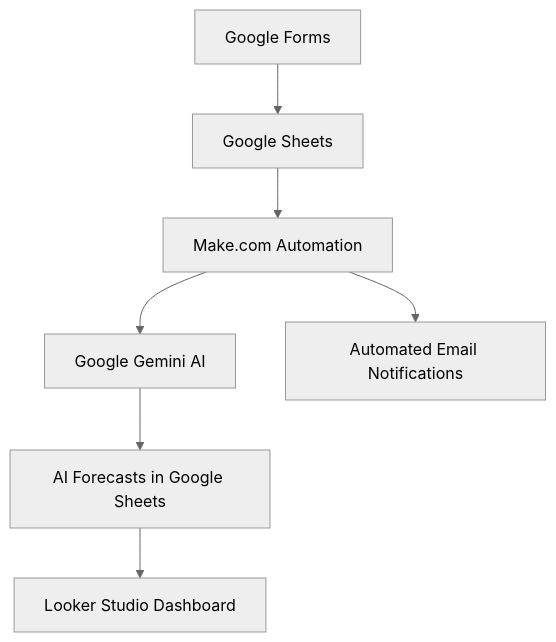
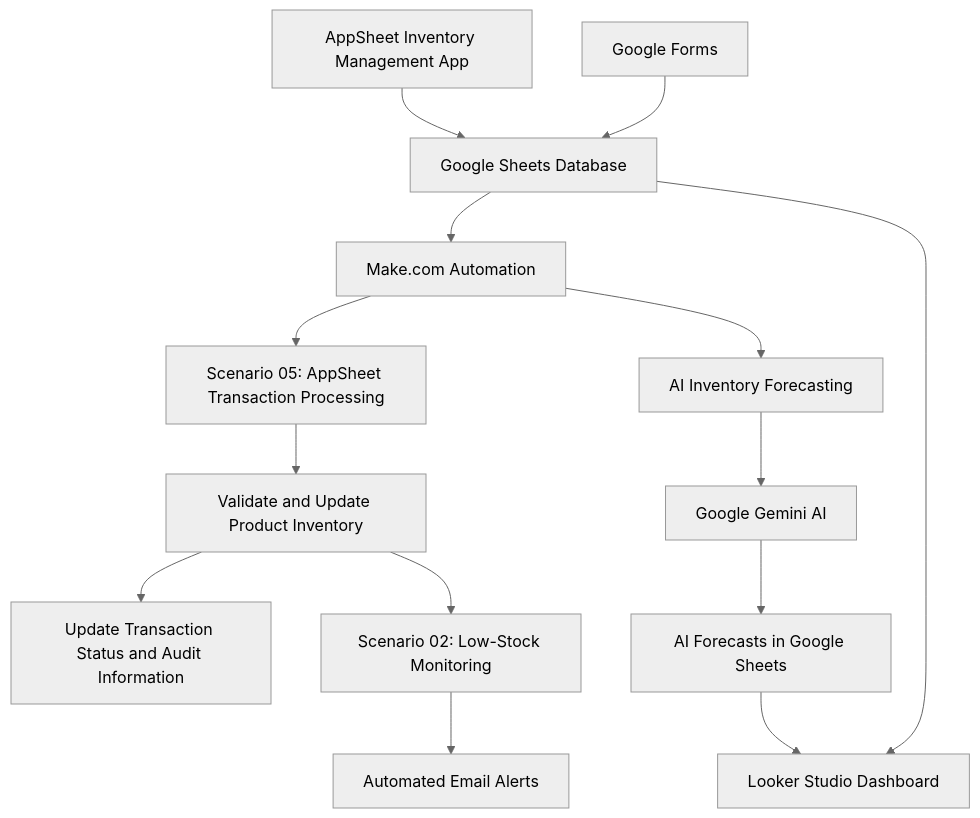
Before and after one commit to KOJOPINTO/SmartRetail-AI-Inventory-Management: the diagram in README.md, drawn with Mermaid (neutral theme). The commit also changed other lines of this file, not shown here.

````diff
--- a/README.md
+++ b/README.md
@@ -83,9 +136,21 @@
 ```mermaid
 flowchart TD
-    A["Google Forms"] --> B["Google Sheets"]
+    A["AppSheet Inventory Management App"] --> B["Google Sheets Database"]
+    F["Google Forms"] --> B
+
     B --> C["Make.com Automation"]
-    C --> D["Google Gemini AI"]
-    D --> E["AI Forecasts in Google Sheets"]
-    E --> F["Looker Studio Dashboard"]
-    C --> G["Automated Email Notifications"]
+
+    C --> D["Scenario 05: AppSheet Transaction Processing"]
+    D --> E["Validate and Update Product Inventory"]
+    E --> G["Update Transaction Status and Audit Information"]
+
+    E --> H["Scenario 02: Low-Stock Monitoring"]
+    H --> I["Automated Email Alerts"]
+
+    C --> J["AI Inventory Forecasting"]
+    J --> K["Google Gemini AI"]
+    K --> L["AI Forecasts in Google Sheets"]
+
+    B --> M["Looker Studio Dashboard"]
+    L --> M
 ```
````
